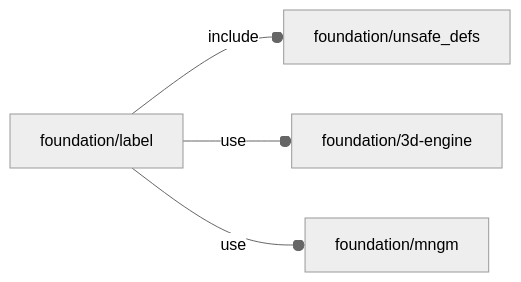
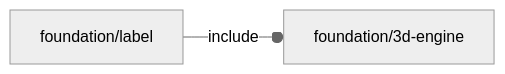
Before and after one commit to ggabbiani/OFL: the diagram in orthodocs/foundation/label.md, drawn with Mermaid (neutral theme). The commit also changed 26 other files, not shown here.

````diff
--- a/orthodocs/foundation/label.md
+++ b/orthodocs/foundation/label.md
@@ -5,6 +5,4 @@
 ```mermaid
 graph LR
-    A1[foundation/label] --o|include| A2[foundation/unsafe_defs]
-    A1 --o|use| A3[foundation/3d-engine]
-    A1 --o|use| A4[foundation/mngm]
+    A1[foundation/label] --o|include| A2[foundation/3d-engine]
 ```
````
